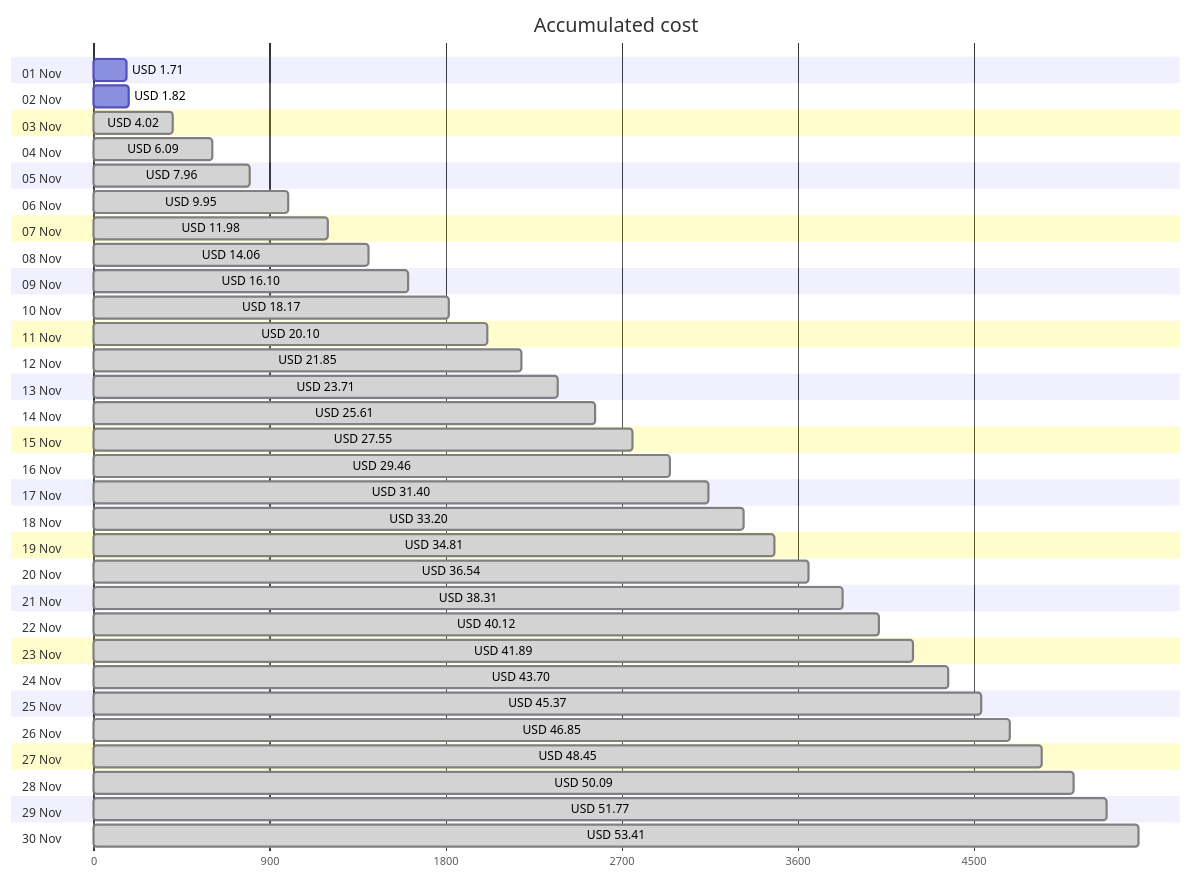
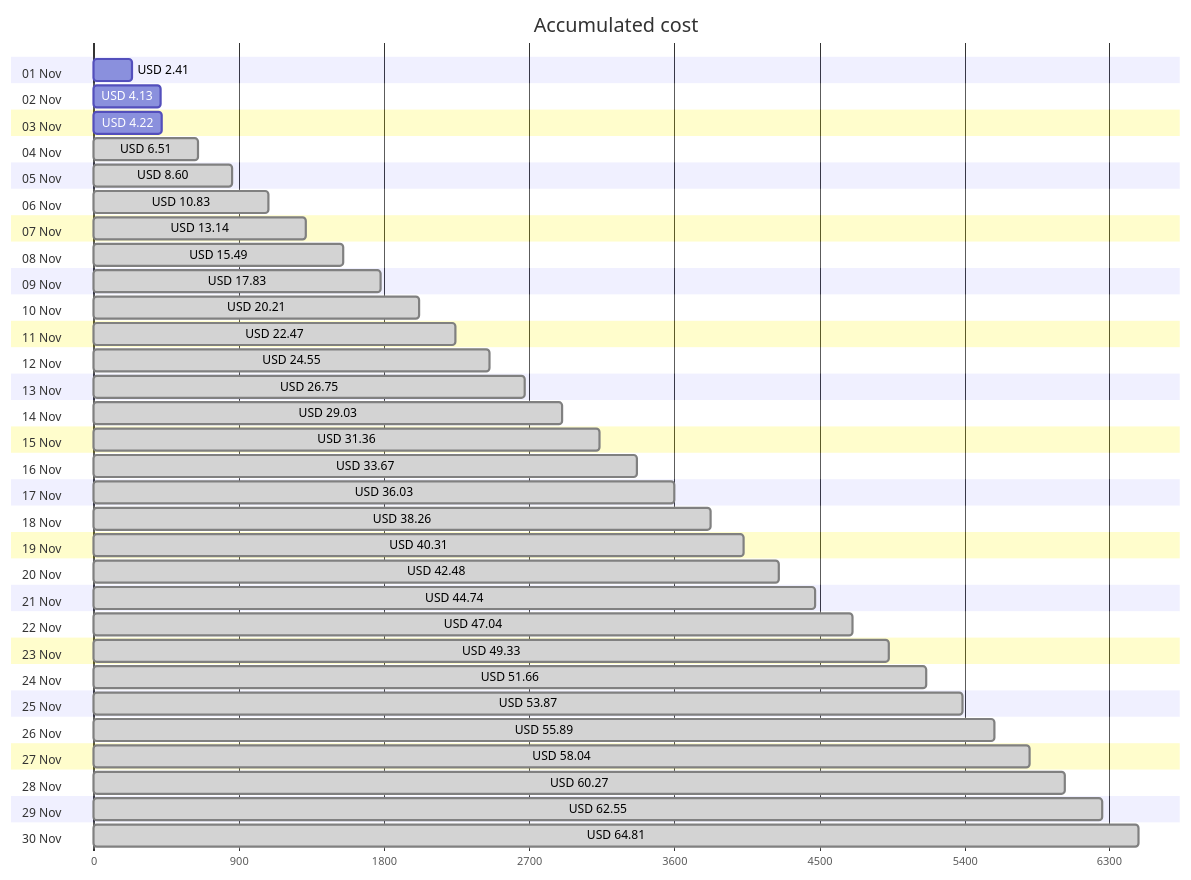
The first of 4 diagrams in cost-reports/accumulated-cost.md (jpfulton/azure-personal-reports), drawn with Mermaid before and after one commit. The commit also changed other lines of this file and 4 other files, not shown here.

````diff
--- a/cost-reports/accumulated-cost.md
+++ b/cost-reports/accumulated-cost.md
@@ -20,66 +20,66 @@
 ```mermaid
 gantt
    title Accumulated cost
    dateFormat  X
    axisFormat %s
    section 01 Nov
-   USD 1.71 :0, 171
+   USD 2.41 :0, 241
    section 02 Nov
-   USD 1.82 :0, 182
+   USD 4.13 :0, 413
    section 03 Nov
-   USD 4.02 : done, 0, 402
+   USD 4.22 :0, 422
    section 04 Nov
-   USD 6.09 : done, 0, 609
+   USD 6.51 : done, 0, 651
    section 05 Nov
-   USD 7.96 : done, 0, 796
+   USD 8.60 : done, 0, 860
    section 06 Nov
-   USD 9.95 : done, 0, 995
+   USD 10.83 : done, 0, 1083
    section 07 Nov
-   USD 11.98 : done, 0, 1198
+   USD 13.14 : done, 0, 1314
    section 08 Nov
-   USD 14.06 : done, 0, 1406
+   USD 15.49 : done, 0, 1549
    section 09 Nov
-   USD 16.10 : done, 0, 1610
+   USD 17.83 : done, 0, 1783
    section 10 Nov
-   USD 18.17 : done, 0, 1817
+   USD 20.21 : done, 0, 2021
    section 11 Nov
-   USD 20.10 : done, 0, 2010
+   USD 22.47 : done, 0, 2247
    section 12 Nov
-   USD 21.85 : done, 0, 2185
+   USD 24.55 : done, 0, 2455
    section 13 Nov
-   USD 23.71 : done, 0, 2371
+   USD 26.75 : done, 0, 2675
    section 14 Nov
-   USD 25.61 : done, 0, 2561
+   USD 29.03 : done, 0, 2903
    section 15 Nov
-   USD 27.55 : done, 0, 2755
+   USD 31.36 : done, 0, 3136
    section 16 Nov
-   USD 29.46 : done, 0, 2946
+   USD 33.67 : done, 0, 3367
    section 17 Nov
-   USD 31.40 : done, 0, 3140
+   USD 36.03 : done, 0, 3603
    section 18 Nov
-   USD 33.20 : done, 0, 3320
+   USD 38.26 : done, 0, 3826
    section 19 Nov
-   USD 34.81 : done, 0, 3481
+   USD 40.31 : done, 0, 4031
    section 20 Nov
-   USD 36.54 : done, 0, 3654
+   USD 42.48 : done, 0, 4248
    section 21 Nov
-   USD 38.31 : done, 0, 3831
+   USD 44.74 : done, 0, 4474
    section 22 Nov
-   USD 40.12 : done, 0, 4012
+   USD 47.04 : done, 0, 4704
    section 23 Nov
-   USD 41.89 : done, 0, 4189
+   USD 49.33 : done, 0, 4933
    section 24 Nov
-   USD 43.70 : done, 0, 4370
+   USD 51.66 : done, 0, 5166
    section 25 Nov
-   USD 45.37 : done, 0, 4537
+   USD 53.87 : done, 0, 5387
    section 26 Nov
-   USD 46.85 : done, 0, 4685
+   USD 55.89 : done, 0, 5589
    section 27 Nov
-   USD 48.45 : done, 0, 4845
+   USD 58.04 : done, 0, 5804
    section 28 Nov
-   USD 50.09 : done, 0, 5009
+   USD 60.27 : done, 0, 6027
    section 29 Nov
-   USD 51.77 : done, 0, 5177
+   USD 62.55 : done, 0, 6255
    section 30 Nov
-   USD 53.41 : done, 0, 5341
+   USD 64.81 : done, 0, 6481
 ```
````
